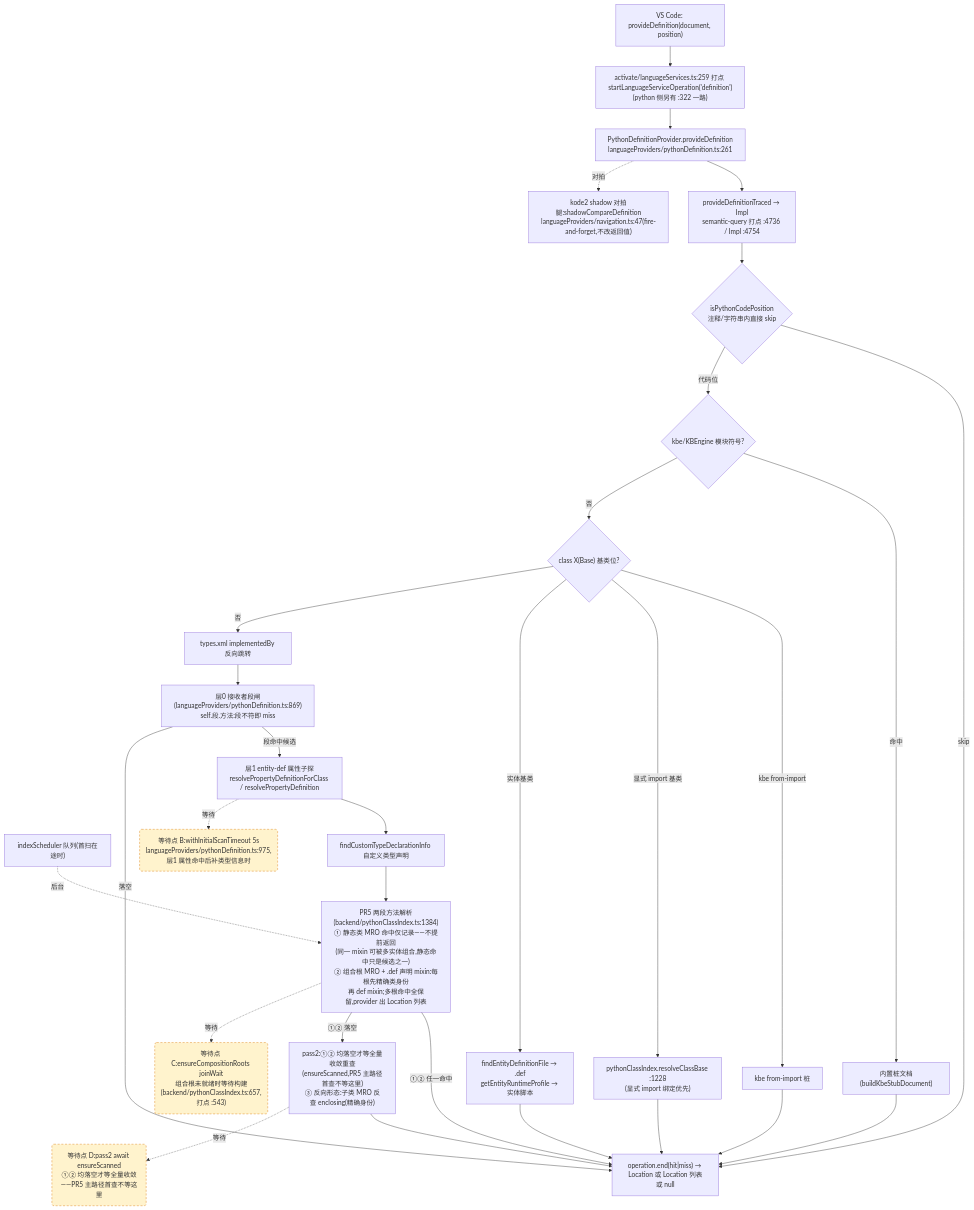
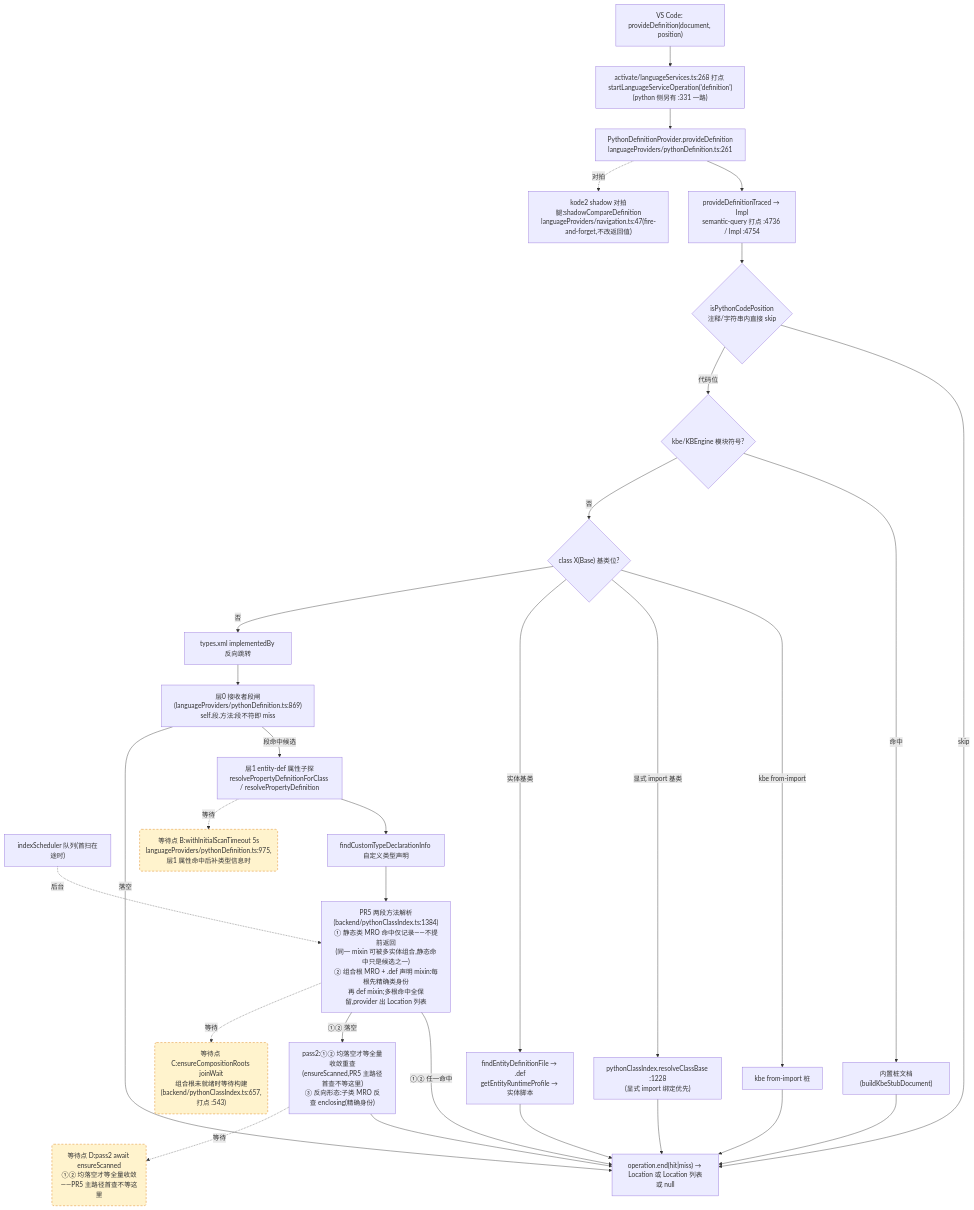
Before and after one commit to cuihairu/kode: the second of 4 diagrams in docs/perf/2026-baseline.md, drawn with Mermaid. The commit also changed other lines of this file and 16 other files, not shown here.

````diff
--- a/docs/perf/2026-baseline.md
+++ b/docs/perf/2026-baseline.md
@@ -136,51 +136,51 @@
 ```mermaid
 flowchart TD
   VC2["VS Code: provideDefinition(document, position)"]
-  M2["activate/languageServices.ts:259 打点 startLanguageServiceOperation('definition')<br/>(python 侧另有 :322 一路)"]
+  M2["activate/languageServices.ts:268 打点 startLanguageServiceOperation('definition')<br/>(python 侧另有 :331 一路)"]
   AD2["PythonDefinitionProvider.provideDefinition<br/>languageProviders/pythonDefinition.ts:261"]
   TR["provideDefinitionTraced → Impl<br/>semantic-query 打点 :4736 / Impl :4754"]
   CTX{"isPythonCodePosition<br/>注释/字符串内直接 skip"}
   KBE{"kbe/KBEngine 模块符号?"}
   STUB["内置桩文档(buildKbeStubDocument)"]
   CB{"class X(Base) 基类位?"}
   CB1["kbe from-import 桩"]
   CB2["pythonClassIndex.resolveClassBase :1228<br/>(显式 import 绑定优先)"]
   CB3["findEntityDefinitionFile → .def<br/>getEntityRuntimeProfile → 实体脚本"]
   REV["types.xml implementedBy 反向跳转"]
   L0["层0 接收者段闸(languageProviders/pythonDefinition.ts:869)<br/>self.段.方法:段不符即 miss"]
   L1["层1 entity-def 属性子探<br/>resolvePropertyDefinitionForClass / resolvePropertyDefinition"]
   SCAN["indexScheduler 队列(首扫在途时)"]
   TY["findCustomTypeDeclarationInfo 自定义类型声明"]
   MRO["PR5 两段方法解析(backend/pythonClassIndex.ts:1384)<br/>① 静态类 MRO 命中仅记录——不提前返回<br/>(同一 mixin 可被多实体组合,静态命中只是候选之一)<br/>② 组合根 MRO + .def 声明 mixin:每根先精确类身份<br/>再 def mixin;多根命中全保留,provider 出 Location 列表"]
   PASS2["pass2:①② 均落空才等全量收敛重查<br/>(ensureScanned,PR5 主路径首查不等这里)<br/>③ 反向形态:子类 MRO 反查 enclosing(精确身份)"]
   SHD["kode2 shadow 对拍腿:shadowCompareDefinition<br/>languageProviders/navigation.ts:47(fire-and-forget,不改返回值)"]
   END2["operation.end(hit|miss) → Location 或 Location 列表或 null"]
 
   VC2 --> M2 --> AD2 --> TR --> CTX
   CTX -- "skip" --> END2
   CTX -- "代码位" --> KBE
   KBE -- "命中" --> STUB --> END2
   KBE -- "否" --> CB
   CB -- "kbe from-import" --> CB1 --> END2
   CB -- "显式 import 基类" --> CB2 --> END2
   CB -- "实体基类" --> CB3 --> END2
   CB -- "否" --> REV --> L0
   L0 -- "段命中候选" --> L1
   L0 -- "落空" --> END2
   L1 --> TY
   TY --> MRO
   MRO -- "①② 任一命中" --> END2
   MRO -- "①② 落空" --> PASS2 --> END2
   AD2 -.->|对拍| SHD
 
   WAITB("等待点 B:withInitialScanTimeout 5s<br/>languageProviders/pythonDefinition.ts:975,层1 属性命中后补类型信息时")
   WAITC("等待点 C:ensureCompositionRoots joinWait<br/>组合根未就绪时等待构建(backend/pythonClassIndex.ts:657,打点 :543)")
   WAITD("等待点 D:pass2 await ensureScanned<br/>①② 均落空才等全量收敛——PR5 主路径首查不等这里")
   L1 -.->|等待| WAITB
   MRO -.->|等待| WAITC
   PASS2 -.->|等待| WAITD
   SCAN -.->|后台| MRO
 
   classDef waitPoint fill:#fff3cd,stroke:#d97706,stroke-dasharray:5 4;
   class WAITB,WAITC,WAITD waitPoint;
 ```
````
